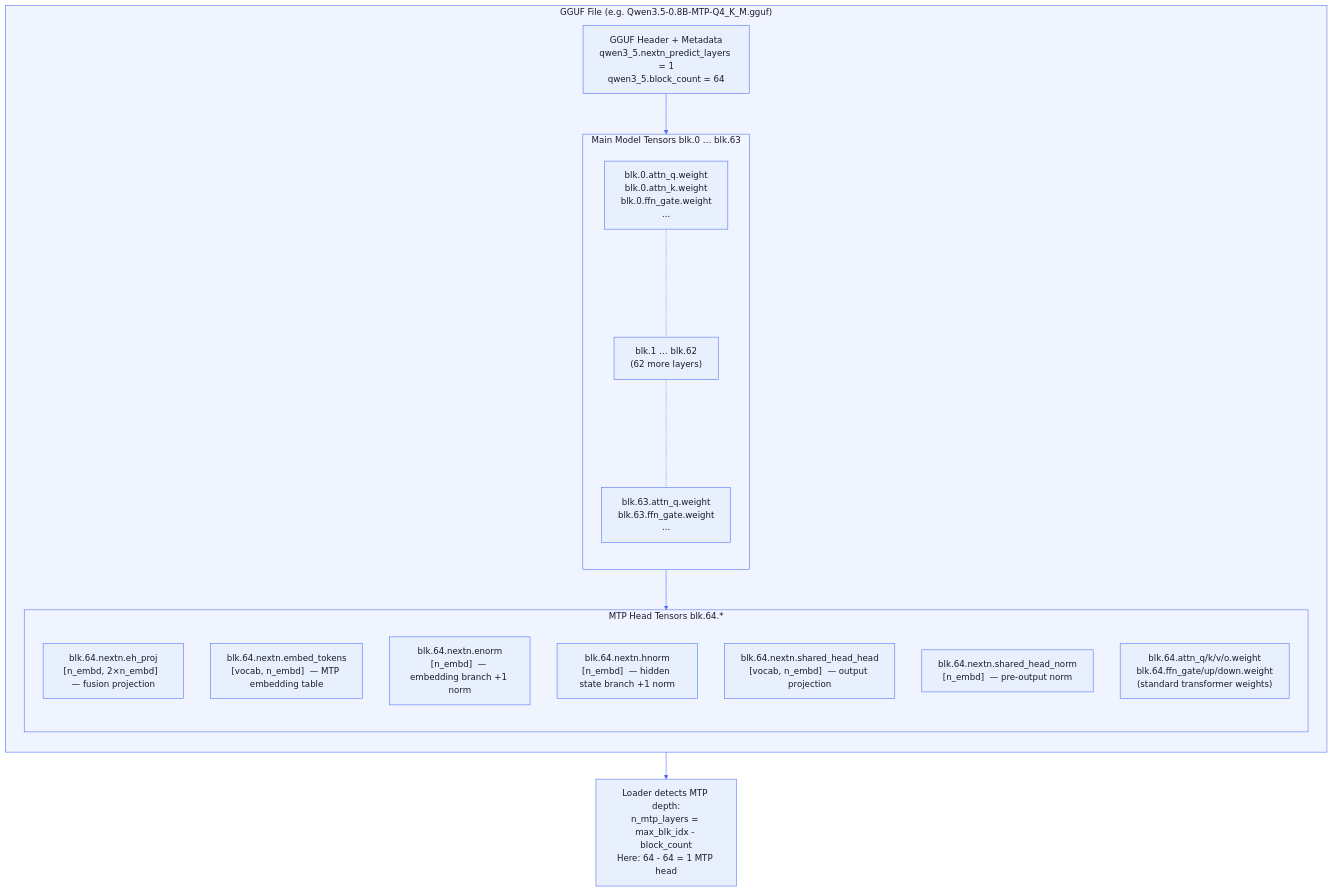
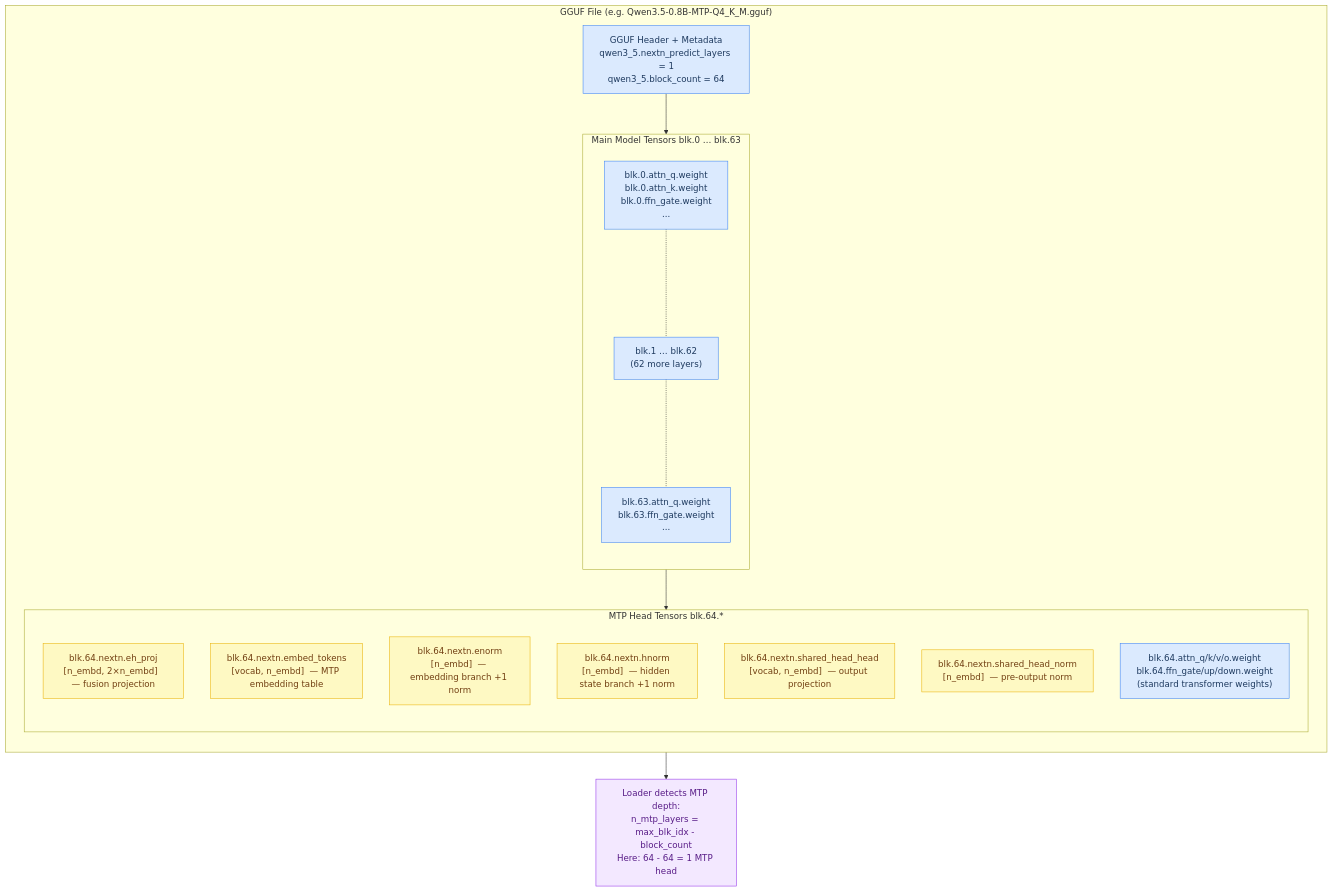
The fourth of 7 diagrams in docs/tutorial/18-multi-token-prediction.md (maci0/agave), drawn with Mermaid before and after one commit. The commit also changed other lines of this file and 24 other files, not shown here.

First line of the commit message:
docs: convert all mermaid diagrams to classDef semantic colors

````diff
--- a/docs/tutorial/18-multi-token-prediction.md
+++ b/docs/tutorial/18-multi-token-prediction.md
@@ -220,45 +205,38 @@
 ```mermaid
-%%{init: {'theme': 'base', 'themeVariables': {
-  'primaryColor': '#e8f0fe',
-  'primaryTextColor': '#1a1a2e',
-  'primaryBorderColor': '#4a6cf7',
-  'lineColor': '#4a6cf7',
-  'secondaryColor': '#f0f4ff',
-  'tertiaryColor': '#f8f9ff',
-  'edgeLabelBackground': '#ffffff',
-  'clusterBkg': '#f0f4ff',
-  'clusterBorder': '#4a6cf7',
-  'titleColor': '#1a1a2e',
-  'nodeTextColor': '#1a1a2e',
-  'fontFamily': 'ui-monospace, SFMono-Regular, monospace'
-}}}%%
 flowchart TD
+    classDef setup     fill:#dbeafe,stroke:#3b82f6,color:#1e3a5f
+    classDef sync      fill:#dcfce7,stroke:#22c55e,color:#14532d
+    classDef migration fill:#fef9c3,stroke:#eab308,color:#713f12
+    classDef success   fill:#bbf7d0,stroke:#16a34a,color:#14532d
+    classDef danger    fill:#fee2e2,stroke:#ef4444,color:#7f1d1d
+    classDef optional  fill:#f3e8ff,stroke:#9333ea,color:#581c87
+
     subgraph GGUF["GGUF File (e.g. Qwen3.5-0.8B-MTP-Q4_K_M.gguf)"]
         direction TB
-        Meta["GGUF Header + Metadata\nqwen3_5.nextn_predict_layers = 1\nqwen3_5.block_count = 64"]
+        Meta["GGUF Header + Metadata\nqwen3_5.nextn_predict_layers = 1\nqwen3_5.block_count = 64"]:::setup
 
         subgraph Main["Main Model Tensors  blk.0 … blk.63"]
             direction TB
-            B0["blk.0.attn_q.weight\nblk.0.attn_k.weight\nblk.0.ffn_gate.weight\n..."]
-            Bdots["blk.1 … blk.62\n(62 more layers)"]
-            B63["blk.63.attn_q.weight\nblk.63.ffn_gate.weight\n..."]
+            B0["blk.0.attn_q.weight\nblk.0.attn_k.weight\nblk.0.ffn_gate.weight\n..."]:::setup
+            Bdots["blk.1 … blk.62\n(62 more layers)"]:::setup
+            B63["blk.63.attn_q.weight\nblk.63.ffn_gate.weight\n..."]:::setup
             B0 -..- Bdots -..- B63
         end
 
         subgraph MTP["MTP Head Tensors  blk.64.*"]
             direction TB
-            EHProj["blk.64.nextn.eh_proj\n[n_embd, 2×n_embd]  — fusion projection"]
-            Embed["blk.64.nextn.embed_tokens\n[vocab, n_embd]  — MTP embedding table"]
-            ENorm["blk.64.nextn.enorm\n[n_embd]  — embedding branch +1 norm"]
-            HNorm["blk.64.nextn.hnorm\n[n_embd]  — hidden state branch +1 norm"]
-            SHH["blk.64.nextn.shared_head_head\n[vocab, n_embd]  — output projection"]
-            SHN["blk.64.nextn.shared_head_norm\n[n_embd]  — pre-output norm"]
-            AttnW["blk.64.attn_q/k/v/o.weight\nblk.64.ffn_gate/up/down.weight\n(standard transformer weights)"]
+            EHProj["blk.64.nextn.eh_proj\n[n_embd, 2×n_embd]  — fusion projection"]:::migration
+            Embed["blk.64.nextn.embed_tokens\n[vocab, n_embd]  — MTP embedding table"]:::migration
+            ENorm["blk.64.nextn.enorm\n[n_embd]  — embedding branch +1 norm"]:::migration
+            HNorm["blk.64.nextn.hnorm\n[n_embd]  — hidden state branch +1 norm"]:::migration
+            SHH["blk.64.nextn.shared_head_head\n[vocab, n_embd]  — output projection"]:::migration
+            SHN["blk.64.nextn.shared_head_norm\n[n_embd]  — pre-output norm"]:::migration
+            AttnW["blk.64.attn_q/k/v/o.weight\nblk.64.ffn_gate/up/down.weight\n(standard transformer weights)"]:::setup
         end
 
         Meta --> Main --> MTP
     end
 
-    Note["Loader detects MTP depth:\nn_mtp_layers = max_blk_idx - block_count\nHere: 64 - 64 = 1 MTP head"]
+    Note["Loader detects MTP depth:\nn_mtp_layers = max_blk_idx - block_count\nHere: 64 - 64 = 1 MTP head"]:::optional
     GGUF --> Note
 ```
````
